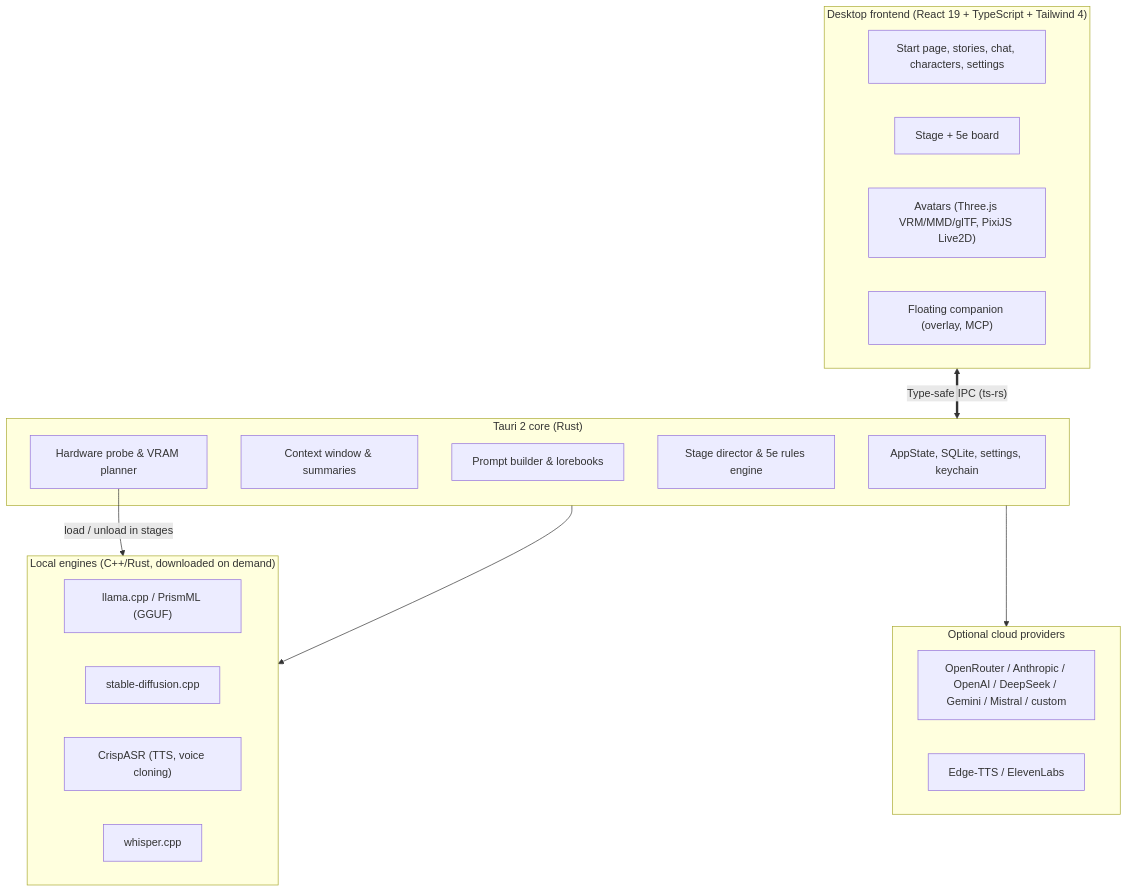
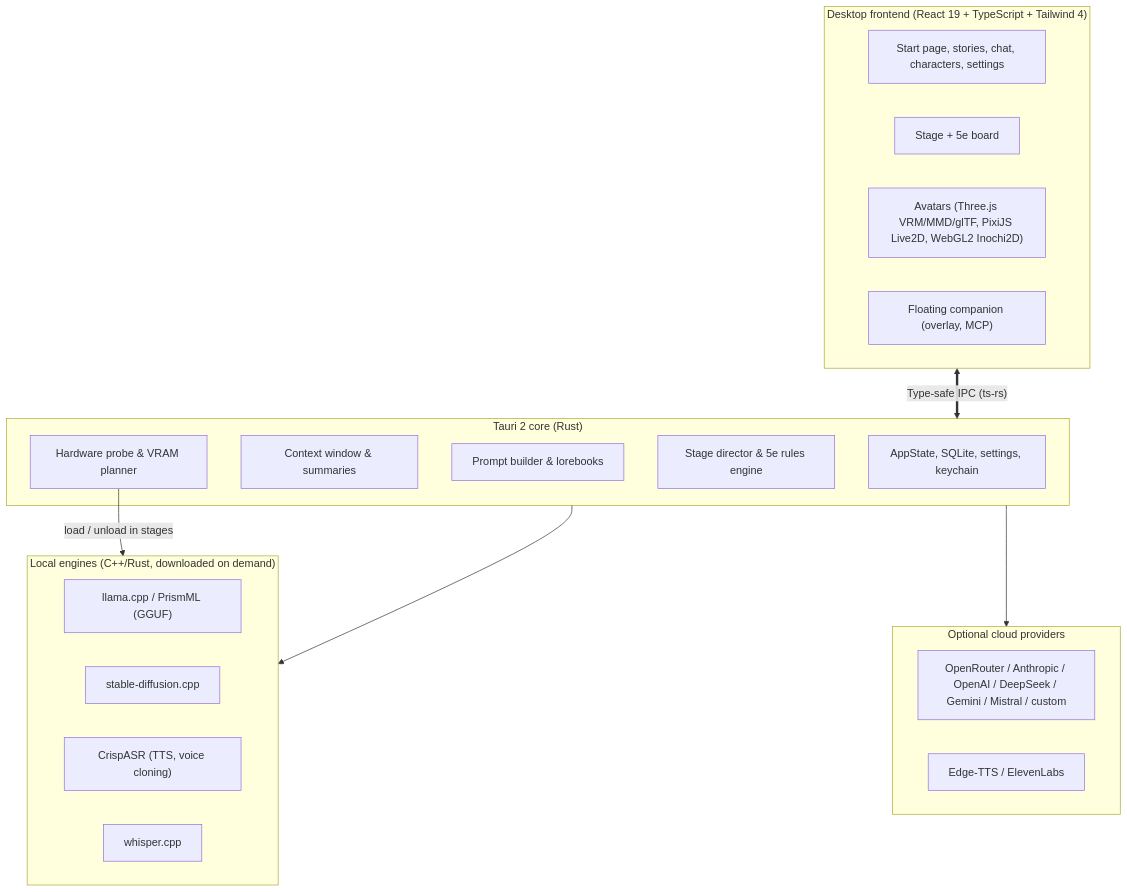
Before and after one commit to SnowwhiteOakheart/OtakuSoul: the first of 2 diagrams in README.md, drawn with Mermaid. The commit also changed other lines of this file and 45 other files, not shown here.

First line of the commit message:
feat(avatare): Inochi2D-Puppen als weitere Avatar-Variante

````diff
--- a/README.md
+++ b/README.md
@@ -208,34 +208,34 @@
 ```mermaid
 flowchart TD
     subgraph Frontend["Desktop frontend (React 19 + TypeScript + Tailwind 4)"]
         UI["Start page, stories, chat, characters, settings"]
         StageUI["Stage + 5e board"]
-        AvatarUI["Avatars (Three.js VRM/MMD/glTF, PixiJS Live2D)"]
+        AvatarUI["Avatars (Three.js VRM/MMD/glTF, PixiJS Live2D, WebGL2 Inochi2D)"]
         CompanionUI["Floating companion (overlay, MCP)"]
     end
 
     subgraph TauriCore["Tauri 2 core (Rust)"]
         State["AppState, SQLite, settings, keychain"]
         ContextMgr["Context window & summaries"]
         PromptBuilder["Prompt builder & lorebooks"]
         Rules["Stage director & 5e rules engine"]
         HardwareSched["Hardware probe & VRAM planner"]
     end
 
     subgraph LocalEngines["Local engines (C++/Rust, downloaded on demand)"]
         Llama["llama.cpp / PrismML (GGUF)"]
         SD["stable-diffusion.cpp"]
         Crisp["CrispASR (TTS, voice cloning)"]
         Whisper["whisper.cpp"]
     end
 
     subgraph Cloud["Optional cloud providers"]
         CloudLLM["OpenRouter / Anthropic / OpenAI / DeepSeek / Gemini / Mistral / custom"]
         CloudTTS["Edge-TTS / ElevenLabs"]
     end
 
     Frontend <==>|"Type-safe IPC (ts-rs)"| TauriCore
     HardwareSched -->|"load / unload in stages"| LocalEngines
     TauriCore --> LocalEngines
     TauriCore --> Cloud
 ```
````
